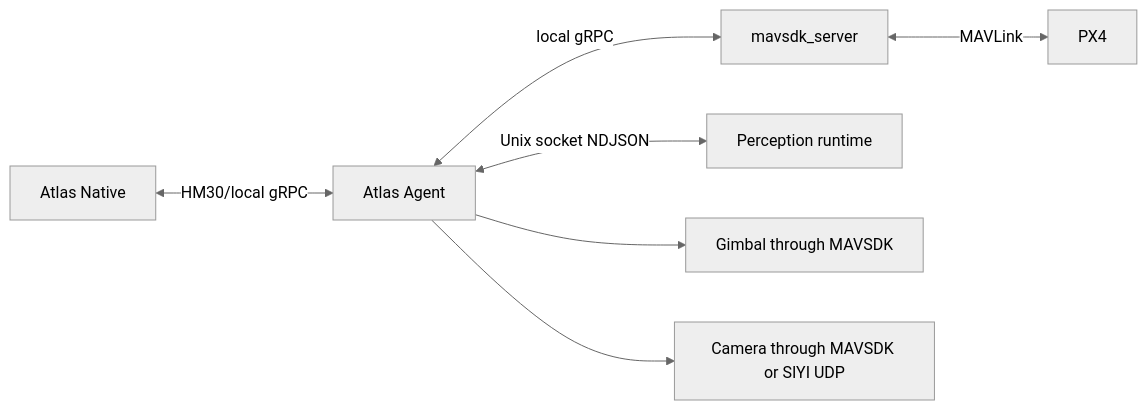
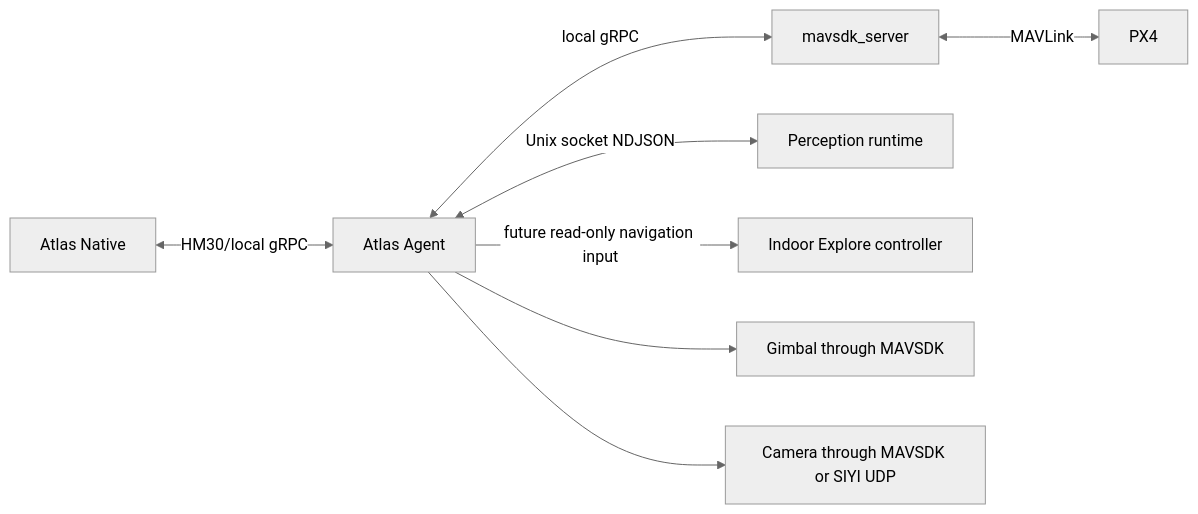
Before and after one commit to mofe64/atlas: the diagram in docs/atlas-agent.md, drawn with Mermaid (neutral theme). The commit also changed other lines of this file and 87 other files, not shown here.

````diff
--- a/docs/atlas-agent.md
+++ b/docs/atlas-agent.md
@@ -8,9 +8,10 @@
 ```mermaid
 flowchart LR
     Native["Atlas Native"] <-->|"HM30/local gRPC"| Agent["Atlas Agent"]
     Agent <-->|"local gRPC"| MAVSDK["mavsdk_server"]
     MAVSDK <-->|"MAVLink"| PX4["PX4"]
     Agent <-->|"Unix socket NDJSON"| Runtime["Perception runtime"]
+    Agent -->|"future read-only navigation input"| Indoor["Indoor Explore controller"]
     Agent --> Gimbal["Gimbal through MAVSDK"]
     Agent --> Camera["Camera through MAVSDK or SIYI UDP"]
 ```
````
